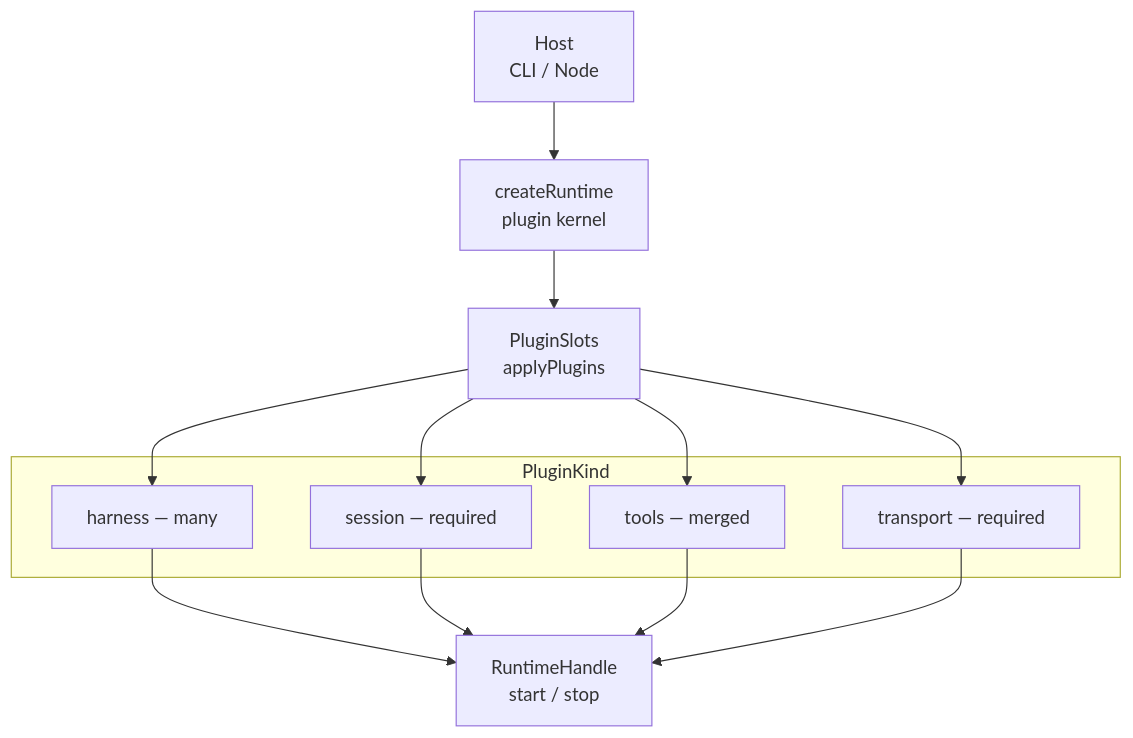
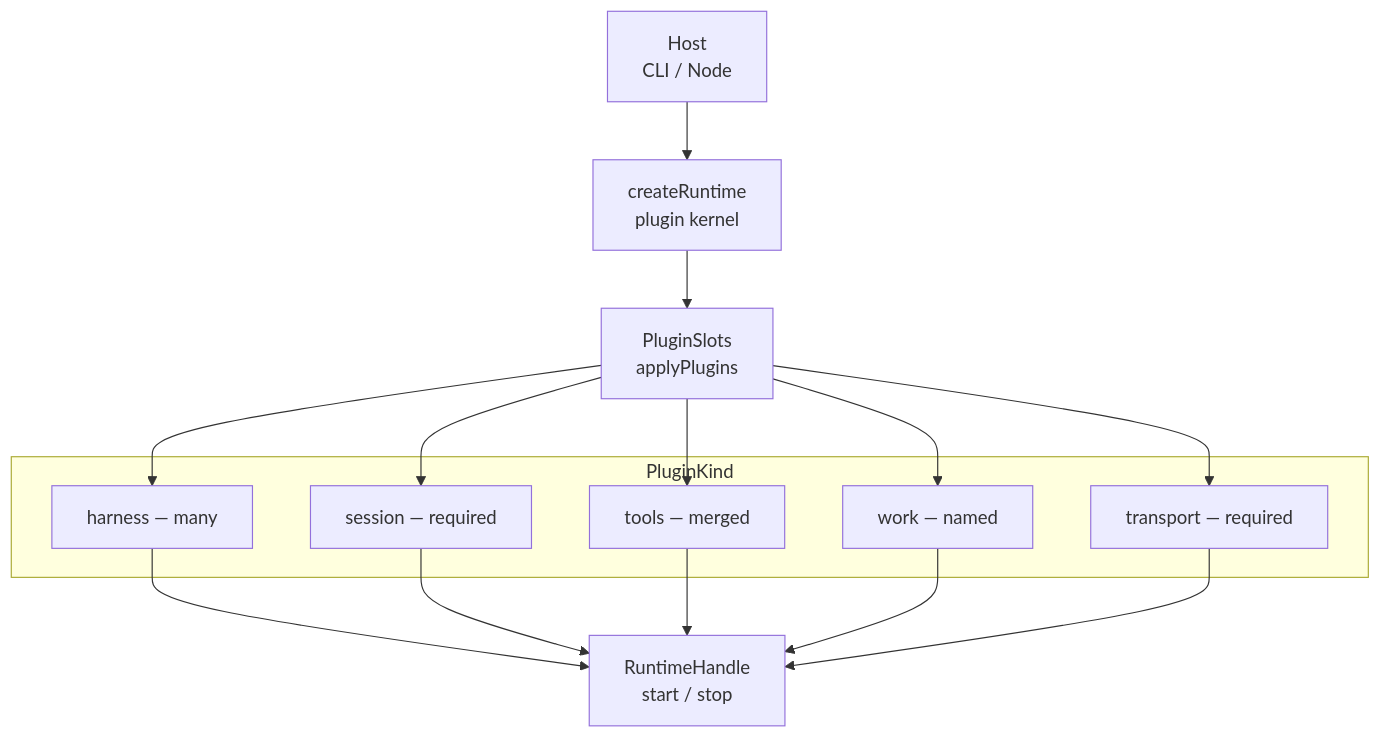
One commit to buildautomaton/meta-harness changed the first of 2 diagrams in packages/agent-runtime/README.md. Above: the diagram before and after it, drawn with Mermaid. The commit also changed other lines of this file and 107 other files, not shown here.

````diff
--- a/packages/agent-runtime/README.md
+++ b/packages/agent-runtime/README.md
@@ -49,22 +49,25 @@
 ```mermaid
 flowchart TB
   host["Host<br/>CLI / Node"]
   create["createRuntime<br/>plugin kernel"]
   slots["PluginSlots<br/>applyPlugins"]
   subgraph kinds [PluginKind]
     harness["harness — many"]
     session["session — required"]
     tools["tools — merged"]
+    work["work — named"]
     transport["transport — required"]
   end
   handle["RuntimeHandle<br/>start / stop"]
   host --> create --> slots
   slots --> harness
   slots --> session
   slots --> tools
+  slots --> work
   slots --> transport
   harness --> handle
   session --> handle
   tools --> handle
+  work --> handle
   transport --> handle
 ```
````
